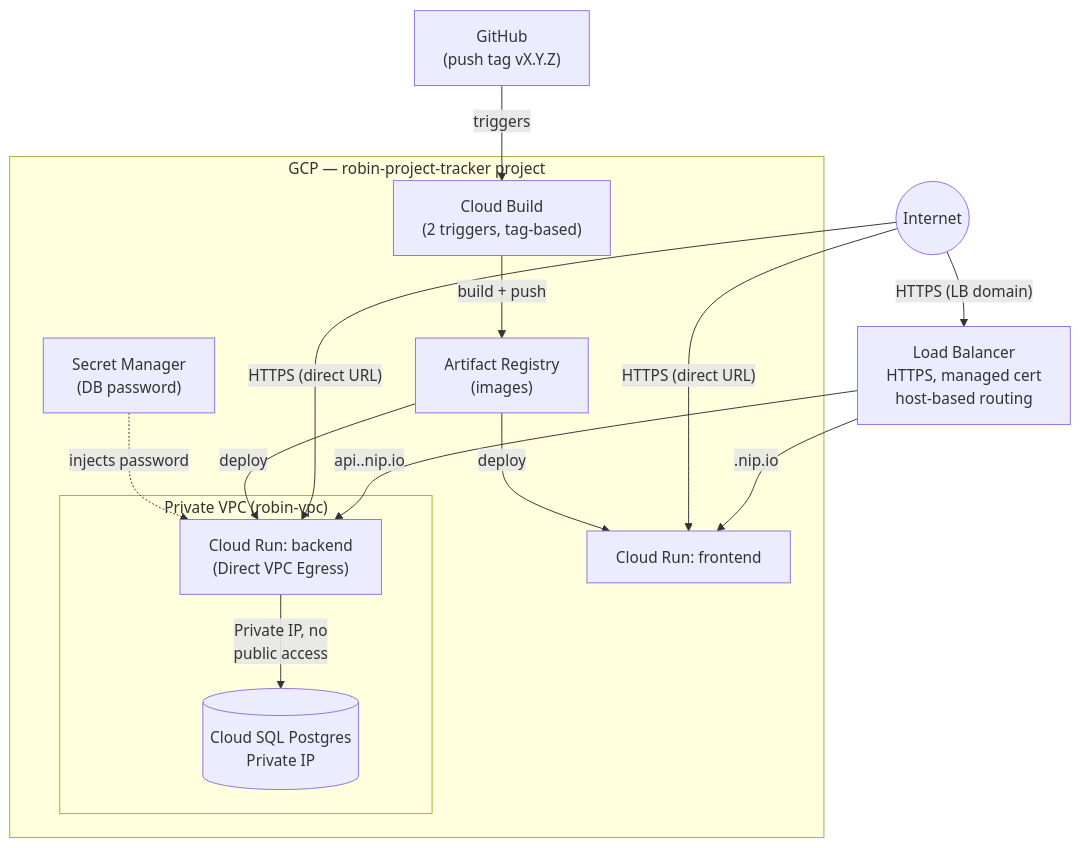
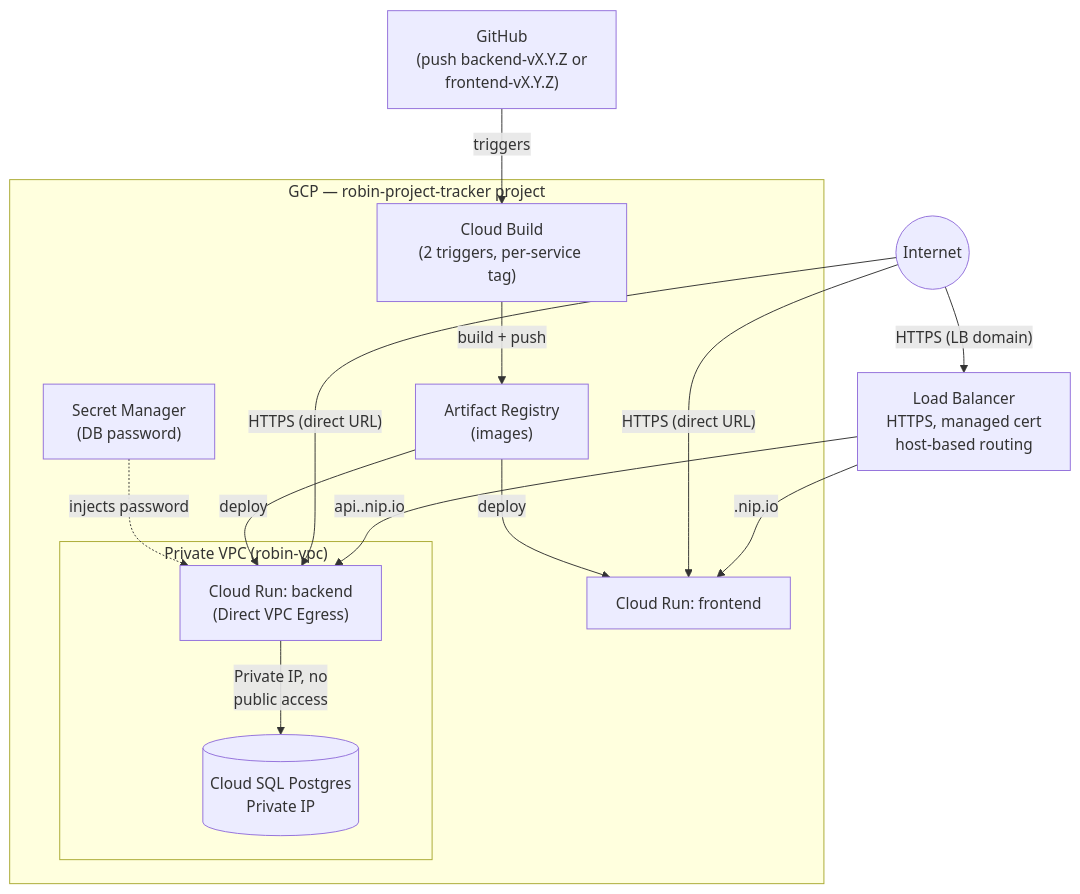
The diagram in README.md (willy9461/robin-devops-challenge), drawn with Mermaid before and after one commit. The commit also changed other lines of this file, not shown here.

````diff
--- a/README.md
+++ b/README.md
@@ -35,31 +35,31 @@
 ```mermaid
 flowchart TB
     Internet((Internet))
     LB["Load Balancer<br/>HTTPS, managed cert<br/>host-based routing"]
 
     subgraph GCP["GCP — robin-project-tracker project"]
         subgraph VPC["Private VPC (robin-vpc)"]
             Backend["Cloud Run: backend<br/>(Direct VPC Egress)"]
             DB[("Cloud SQL Postgres<br/>Private IP")]
             Backend -->|"Private IP, no<br/>public access"| DB
         end
         Frontend["Cloud Run: frontend"]
         SM["Secret Manager<br/>(DB password)"]
         AR["Artifact Registry<br/>(images)"]
-        CB["Cloud Build<br/>(2 triggers, tag-based)"]
+        CB["Cloud Build<br/>(2 triggers, per-service tag)"]
 
         SM -.->|injects password| Backend
         CB -->|build + push| AR
         AR -->|deploy| Backend
         AR -->|deploy| Frontend
     end
 
-    GitHub["GitHub<br/>(push tag vX.Y.Z)"]
+    GitHub["GitHub<br/>(push backend-vX.Y.Z or<br/>frontend-vX.Y.Z)"]
 
     Internet -->|"HTTPS (LB domain)"| LB
     Internet -->|"HTTPS (direct URL)"| Frontend
     Internet -->|"HTTPS (direct URL)"| Backend
     LB -->|"<ip>.nip.io"| Frontend
     LB -->|"api.<ip>.nip.io"| Backend
     GitHub -->|triggers| CB
 ```
````
